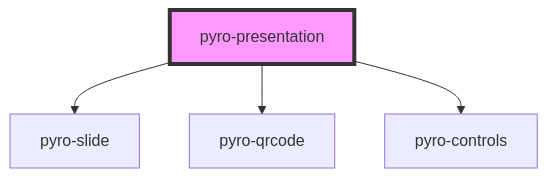
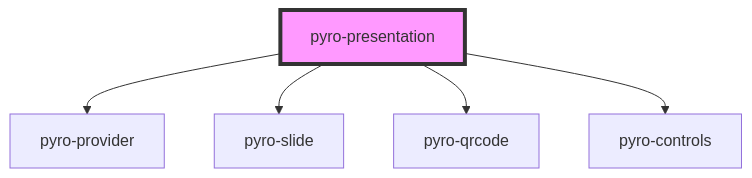
One commit to presentosaurus/presentosaurus changed the diagram in packages/webcomponents/src/components/presentation/readme.md. Above: the diagram before and after it, drawn with Mermaid. The commit also changed other lines of this file and 12 other files, not shown here.

Commit message:
replace state-tunnel with pyro-provider

````diff
--- a/packages/webcomponents/src/components/presentation/readme.md
+++ b/packages/webcomponents/src/components/presentation/readme.md
@@ -26,7 +27,8 @@
 ```mermaid
 graph TD;
+  pyro-presentation --> pyro-provider
   pyro-presentation --> pyro-slide
   pyro-presentation --> pyro-qrcode
   pyro-presentation --> pyro-controls
   style pyro-presentation fill:#f9f,stroke:#333,stroke-width:4px
 ```
````
